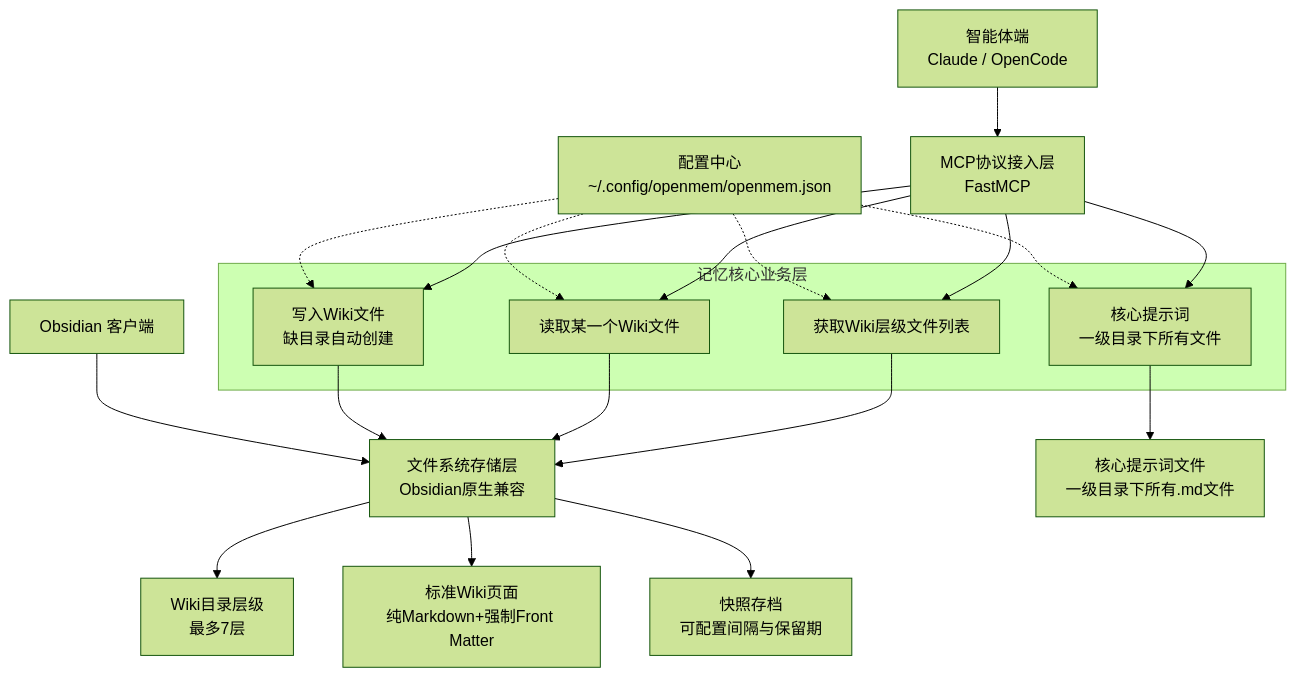
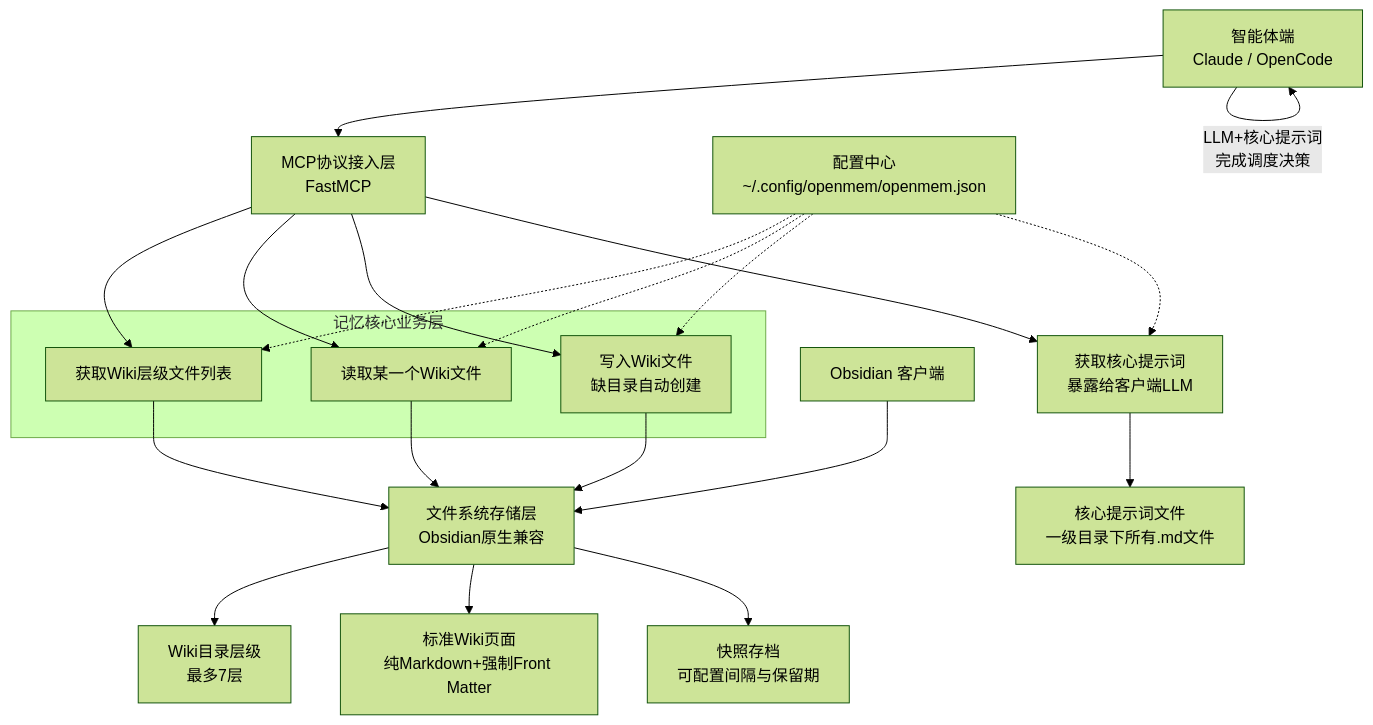
Before and after one commit to lsqdecodebox/openmem: the first of 2 diagrams in doc/prdv2.md, drawn with Mermaid (forest theme). The commit also changed other lines of this file and 1 other file, not shown here.

````diff
--- a/doc/prdv2.md
+++ b/doc/prdv2.md
@@ -6,31 +6,31 @@
 ```mermaid
 flowchart TD
     A[智能体端<br/>Claude / OpenCode] --> B[MCP协议接入层<br/>FastMCP]
+    A -->|LLM+核心提示词<br/>完成调度决策| A
 
     subgraph 记忆核心业务层
         C1[获取Wiki层级文件列表]
         C2[读取某一个Wiki文件]
         C3[写入Wiki文件<br/>缺目录自动创建]
-        C4[核心提示词<br/>一级目录下所有文件]
     end
 
     B --> C1
     B --> C2
     B --> C3
-    B --> C4
+    B --> C4[获取核心提示词<br/>暴露给客户端LLM]
 
     C1 --> D[文件系统存储层<br/>Obsidian原生兼容]
     C2 --> D
     C3 --> D
     C4 --> D1[核心提示词文件<br/>一级目录下所有.md文件]
     D --> D2[Wiki目录层级<br/>最多7层]
     D --> D3[标准Wiki页面<br/>纯Markdown+强制Front Matter]
     D --> D4[快照存档<br/>可配置间隔与保留期]
 
     E[配置中心<br/>~/.config/openmem/openmem.json] -.-> C1
     E -.-> C2
     E -.-> C3
     E -.-> C4
 
     F[Obsidian 客户端] --> D
 ```
````
